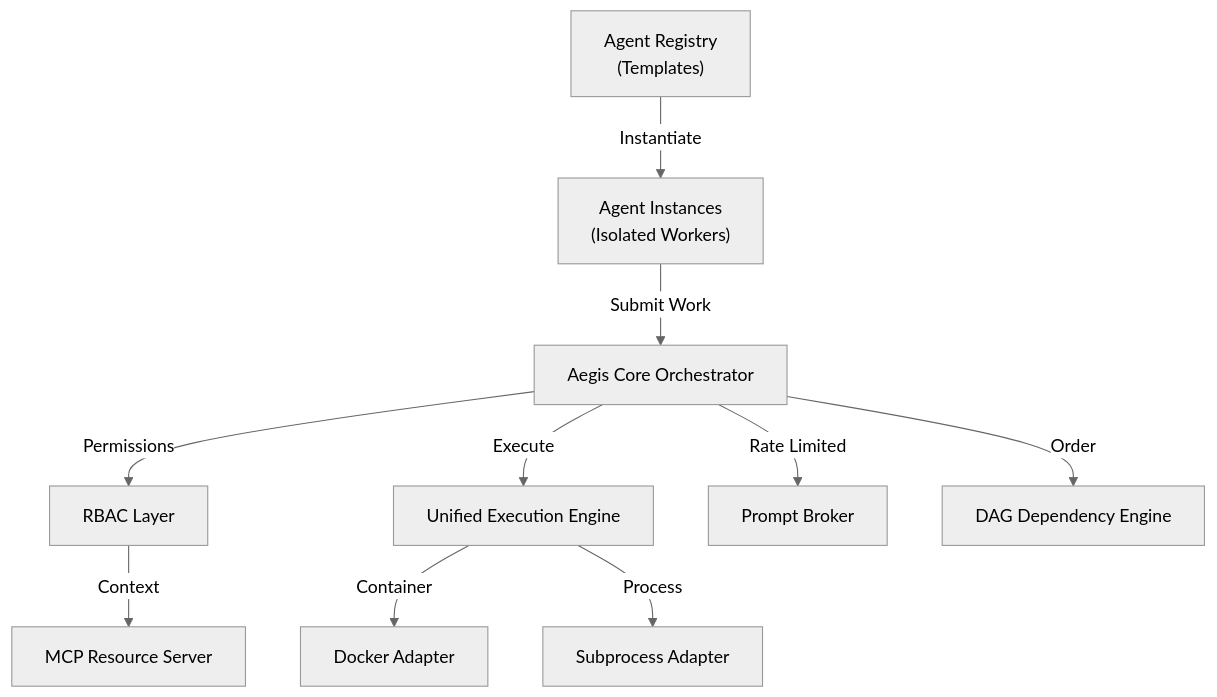
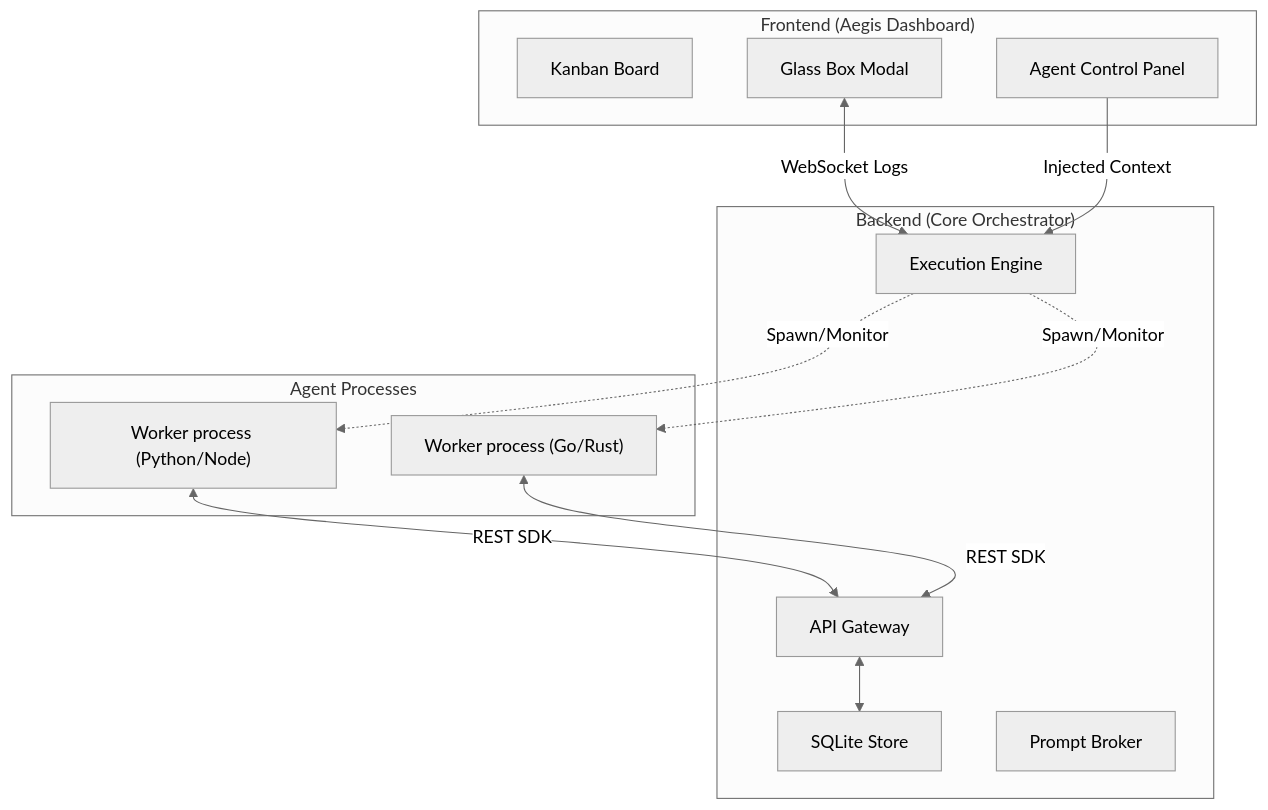
Before and after one commit to TheSandemon/Aegis: the diagram in README.md, drawn with Mermaid (neutral theme). The commit also changed other lines of this file, not shown here.

Commit message:
docs: extensively update README for Aegis 4.0 architecture and smart UI

````diff
--- a/README.md
+++ b/README.md
@@ -20,12 +22,28 @@
 ```mermaid
 graph TD
-    A["Agent Registry<br/>(Templates)"] -->|Instantiate| B["Agent Instances<br/>(Isolated Workers)"]
-    B -->|Submit Work| C["Aegis Core Orchestrator"]
-    C -->|Permissions| D["RBAC Layer"]
-    D -->|Context| E["MCP Resource Server"]
-    C -->|Execute| F["Unified Execution Engine"]
-    F -->|Container| G["Docker Adapter"]
-    F -->|Process| H["Subprocess Adapter"]
-    C -->|Rate Limited| I["Prompt Broker"]
-    C -->|Order| J["DAG Dependency Engine"]
+    subgraph "Frontend (Aegis Dashboard)"
+        H["Kanban Board"]
+        UI["Glass Box Modal"]
+        AG["Agent Control Panel"]
+    end
+
+    subgraph "Backend (Core Orchestrator)"
+        C["API Gateway"]
+        ST["SQLite Store"]
+        EE["Execution Engine"]
+        BR["Prompt Broker"]
+    end
+
+    subgraph "Agent Processes"
+        W1["Worker process (Python/Node)"]
+        W2["Worker process (Go/Rust)"]
+    end
+
+    W1 <-->|REST SDK| C
+    W2 <-->|REST SDK| C
+    EE -.->|Spawn/Monitor| W1
+    EE -.->|Spawn/Monitor| W2
+    C <--> ST
+    UI <-->|WebSocket Logs| EE
+    AG -->|Injected Context| EE
 ```
````
